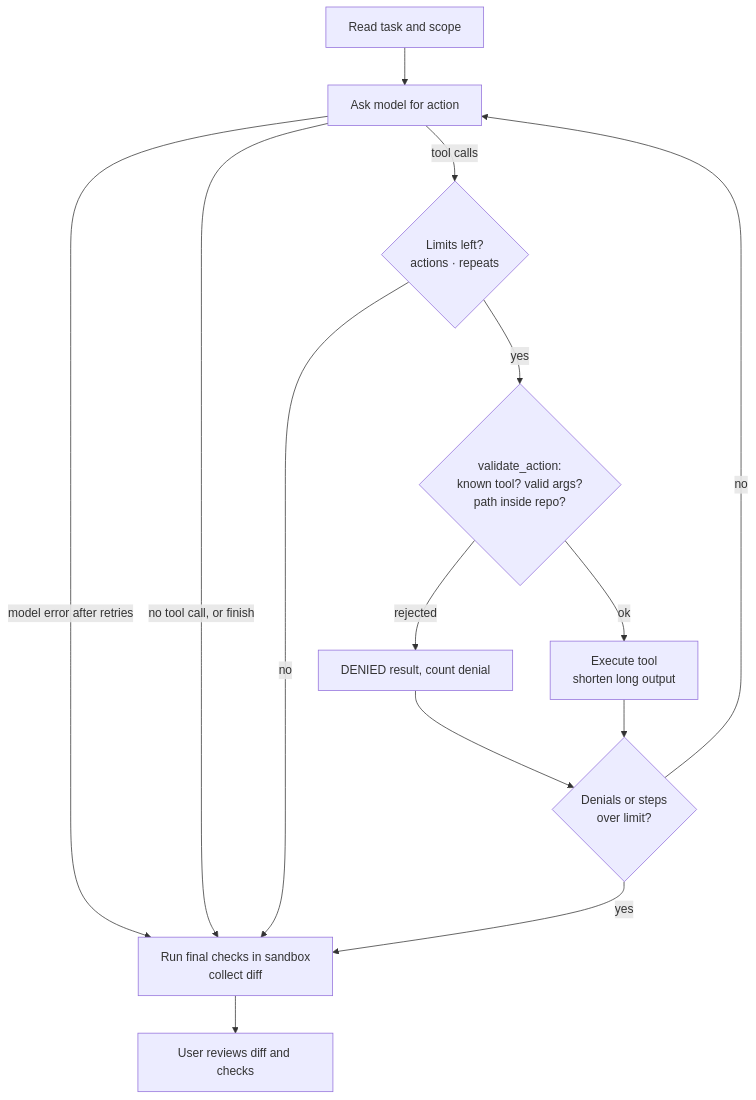
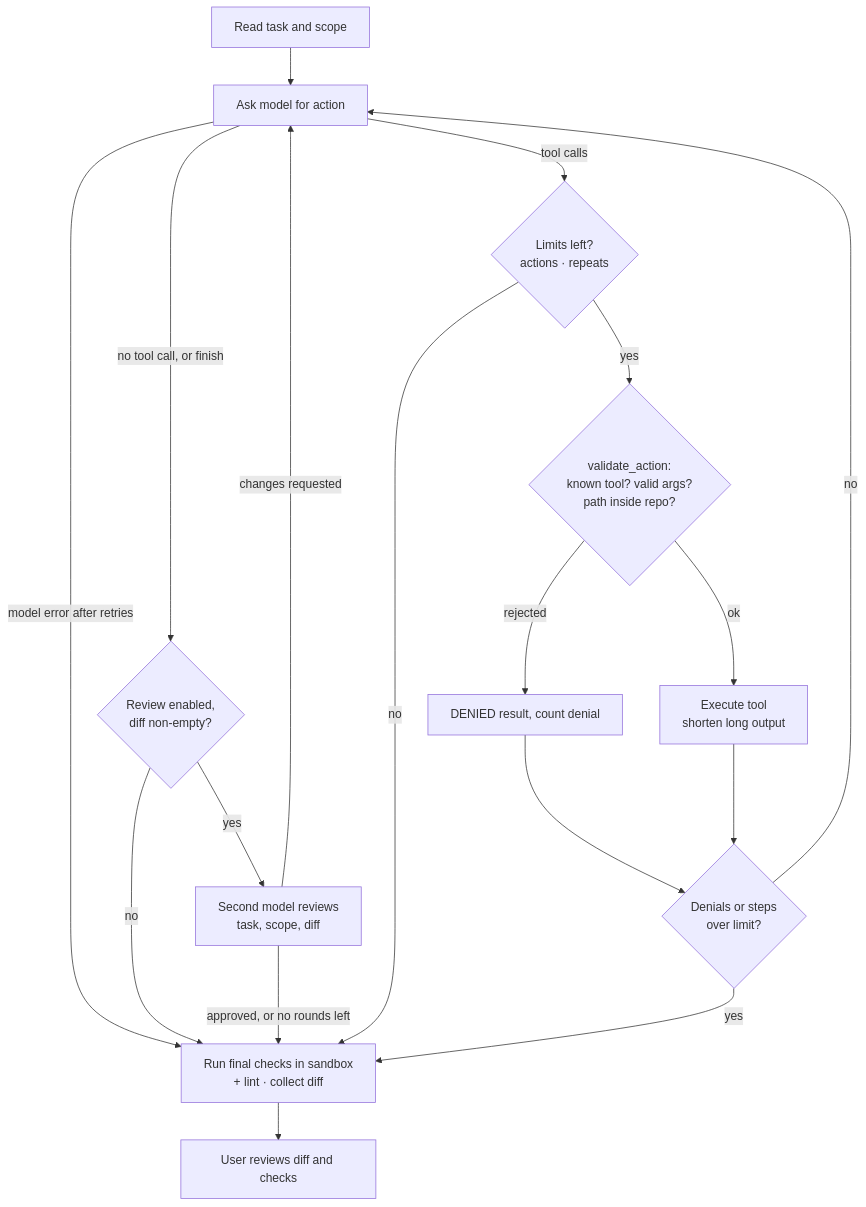
One commit to Sevyls/aaia-coding-harness changed the second of 2 diagrams in README.md. Above: the diagram before and after it, drawn with Mermaid. The commit also changed other lines of this file and 6 other files, not shown here.

````diff
--- a/README.md
+++ b/README.md
@@ -109,14 +109,18 @@
 ```mermaid
 flowchart TD
     A[Read task and scope] --> B[Ask model for action]
     B -->|model error after retries| F
-    B -->|no tool call, or finish| F[Run final checks in sandbox<br/>collect diff]
+    B -->|no tool call, or finish| R{Review enabled,<br/>diff non-empty?}
+    R -->|no| F[Run final checks in sandbox<br/>+ lint · collect diff]
+    R -->|yes| RV[Second model reviews<br/>task, scope, diff]
+    RV -->|approved, or no rounds left| F
+    RV -->|changes requested| B
     B -->|tool calls| L{Limits left?<br/>actions · repeats}
     L -->|no| F
     L -->|yes| V{validate_action:<br/>known tool? valid args?<br/>path inside repo?}
     V -->|rejected| D[DENIED result, count denial] --> N
     V -->|ok| E[Execute tool<br/>shorten long output] --> N
     N{Denials or steps<br/>over limit?} -->|yes| F
     N -->|no| B
     F --> U[User reviews diff and checks]
 ```
````
